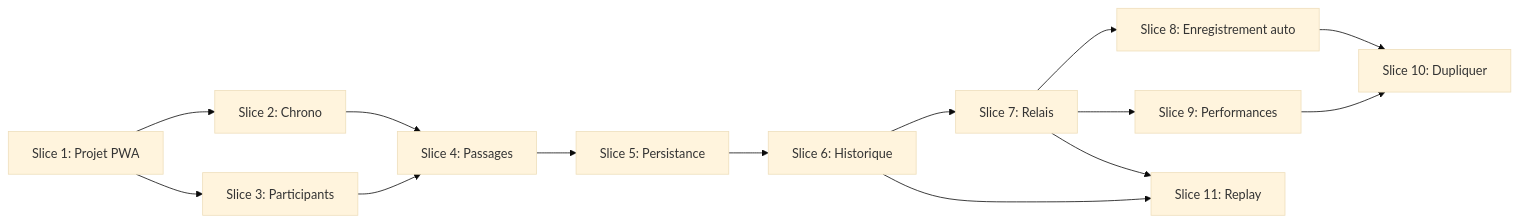
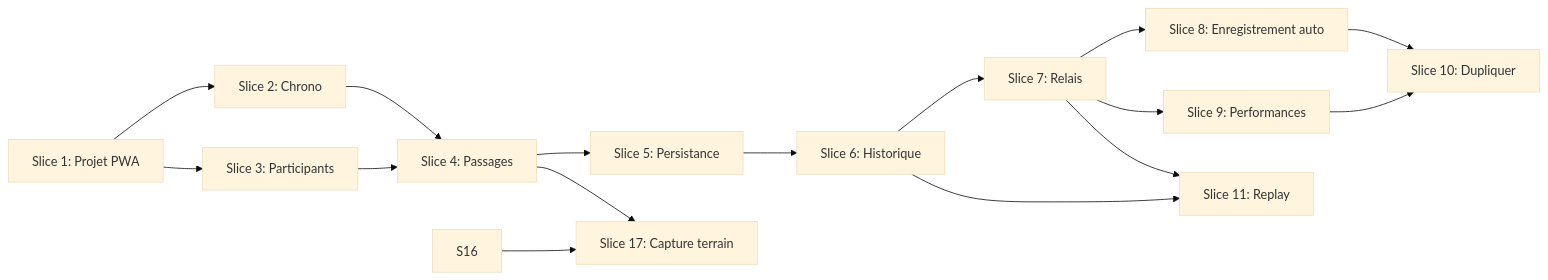
Before and after one commit to plamarque/chrono-eps: the diagram in docs/PLAN.md, drawn with Mermaid (base theme). The commit also changed other lines of this file and 9 other files, not shown here.

````diff
--- a/docs/PLAN.md
+++ b/docs/PLAN.md
@@ -242,28 +276,31 @@
 ```mermaid
 flowchart LR
     S1[Slice 1: Projet PWA]
     S2[Slice 2: Chrono]
     S3[Slice 3: Participants]
     S4[Slice 4: Passages]
     S5[Slice 5: Persistance]
     S6[Slice 6: Historique]
     S7[Slice 7: Relais]
     S8[Slice 8: Enregistrement auto]
     S9[Slice 9: Performances]
     S10[Slice 10: Dupliquer]
     S11[Slice 11: Replay]
+    S17[Slice 17: Capture terrain]
     
     S1 --> S2
     S1 --> S3
     S2 --> S4
     S3 --> S4
     S4 --> S5
     S5 --> S6
     S6 --> S7
     S7 --> S8
     S7 --> S9
     S8 --> S10
     S9 --> S10
     S6 --> S11
     S7 --> S11
+    S16 --> S17
+    S4 --> S17
 ```
````
